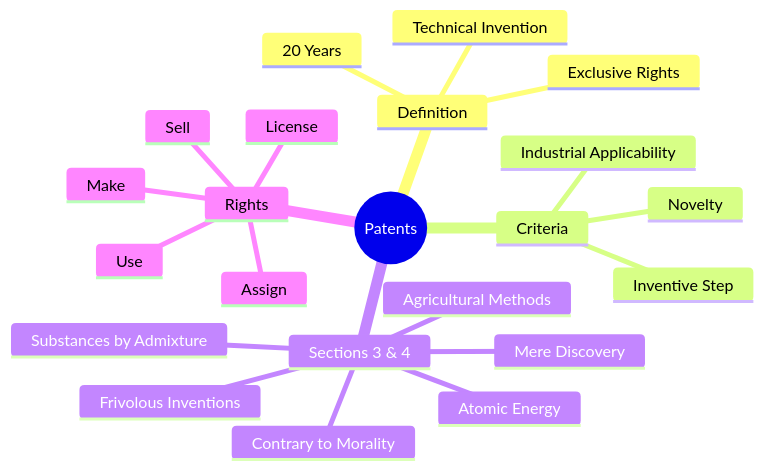
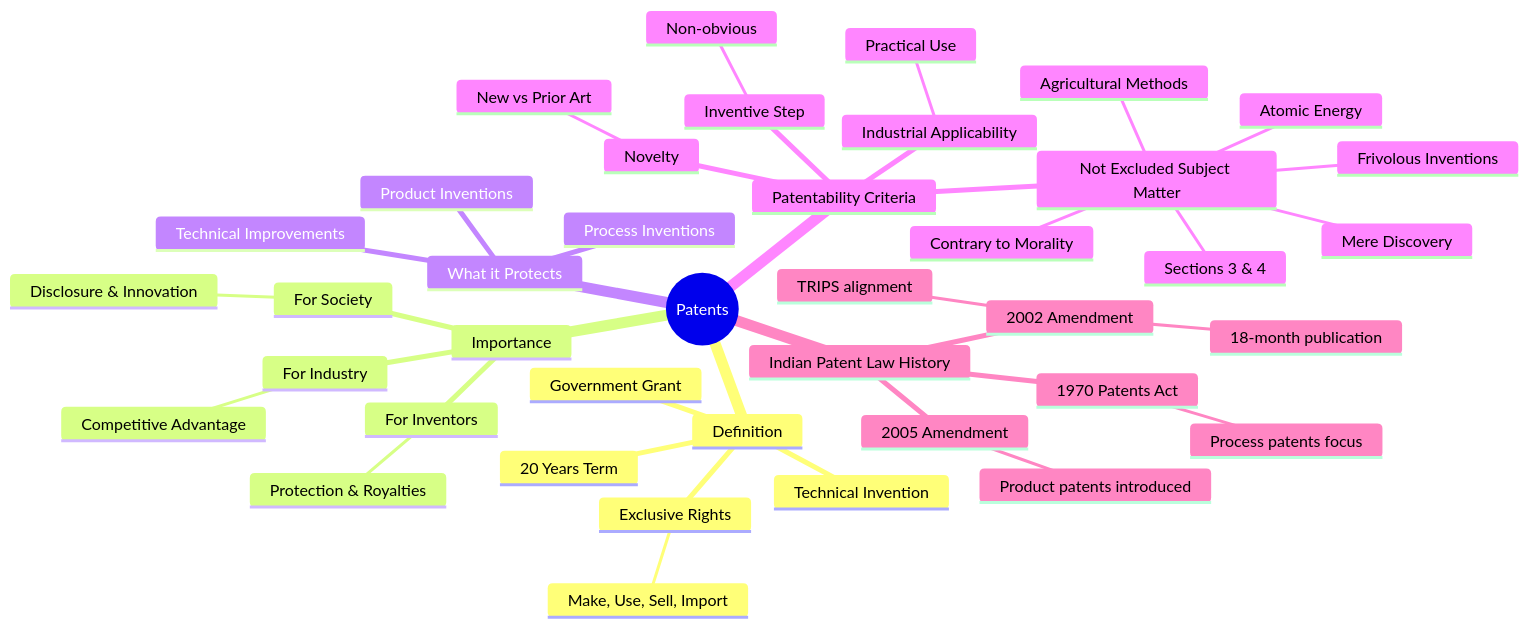
Before and after one commit to Aryns293/IPR: diagram 14 of 14 in 06_Patents.md, drawn with Mermaid.

Commit message:
Expand mindmap in 06_Patents.md

````diff
--- a/06_Patents.md
+++ b/06_Patents.md
@@ -371,25 +371,43 @@
 ```mermaid
 mindmap
   root((Patents))
     Definition
       Technical Invention
+      Government Grant
       Exclusive Rights
-      20 Years
-    Criteria
+        Make, Use, Sell, Import
+      20 Years Term
+    Importance
+      For Inventors
+        Protection & Royalties
+      For Industry
+        Competitive Advantage
+      For Society
+        Disclosure & Innovation
+    What it Protects
+      Product Inventions
+      Process Inventions
+      Technical Improvements
+    Patentability Criteria
       Novelty
+        New vs Prior Art
       Inventive Step
+        Non-obvious
       Industrial Applicability
-    Sections 3 & 4
-      Frivolous Inventions
-      Contrary to Morality
-      Mere Discovery
-      Substances by Admixture
-      Agricultural Methods
-      Atomic Energy
-    Rights
-      Make
-      Use
-      Sell
-      License
-      Assign
+        Practical Use
+      Not Excluded Subject Matter
+        Sections 3 & 4
+        Atomic Energy
+        Agricultural Methods
+        Mere Discovery
+        Frivolous Inventions
+        Contrary to Morality
+    Indian Patent Law History
+      1970 Patents Act
+        Process patents focus
+      2002 Amendment
+        TRIPS alignment
+        18-month publication
+      2005 Amendment
+        Product patents introduced
 ```
````
